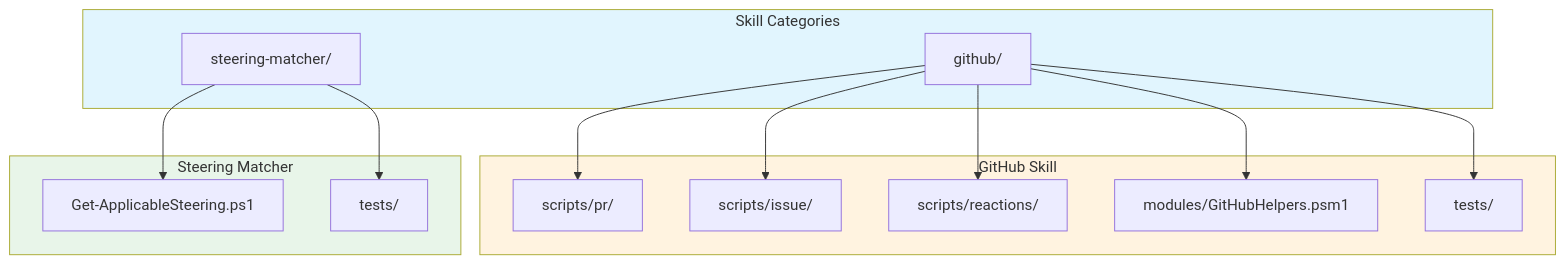
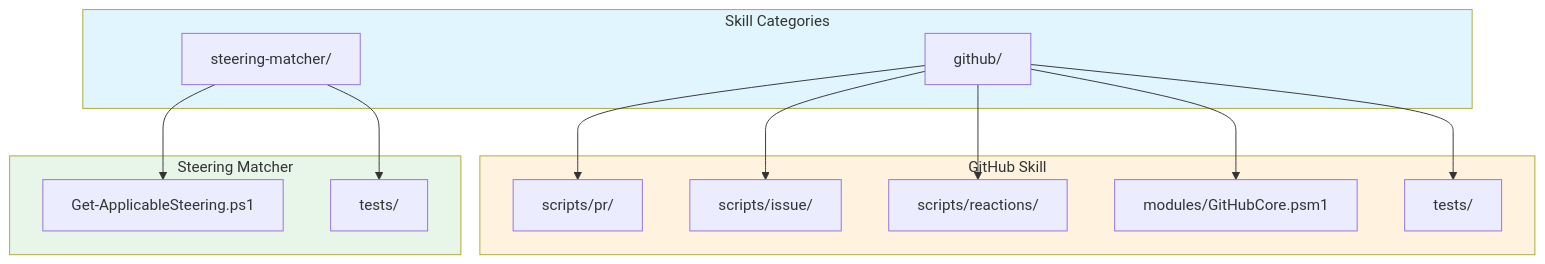
The first of 2 diagrams in .claude/skills/AGENTS.md (rjmurillo/ai-agents), drawn with Mermaid before and after one commit. The commit also changed other lines of this file and 3 other files, not shown here.

First line of the commit message:
fix(docs): update remaining GitHubHelpers references to GitHubCore

````diff
--- a/.claude/skills/AGENTS.md
+++ b/.claude/skills/AGENTS.md
@@ -13,27 +13,27 @@
 ```mermaid
 flowchart TD
     subgraph Skills["Skill Categories"]
         GH[github/]
         SM[steering-matcher/]
     end
 
     subgraph GitHub["GitHub Skill"]
         PR[scripts/pr/]
         ISS[scripts/issue/]
         RX[scripts/reactions/]
-        MOD[modules/GitHubHelpers.psm1]
+        MOD[modules/GitHubCore.psm1]
         TST[tests/]
     end
 
     subgraph Steering["Steering Matcher"]
         GAS[Get-ApplicableSteering.ps1]
         SMT[tests/]
     end
 
     GH --> PR & ISS & RX & MOD & TST
     SM --> GAS & SMT
 
     style Skills fill:#e1f5fe
     style GitHub fill:#fff3e0
     style Steering fill:#e8f5e9
 ```
````
